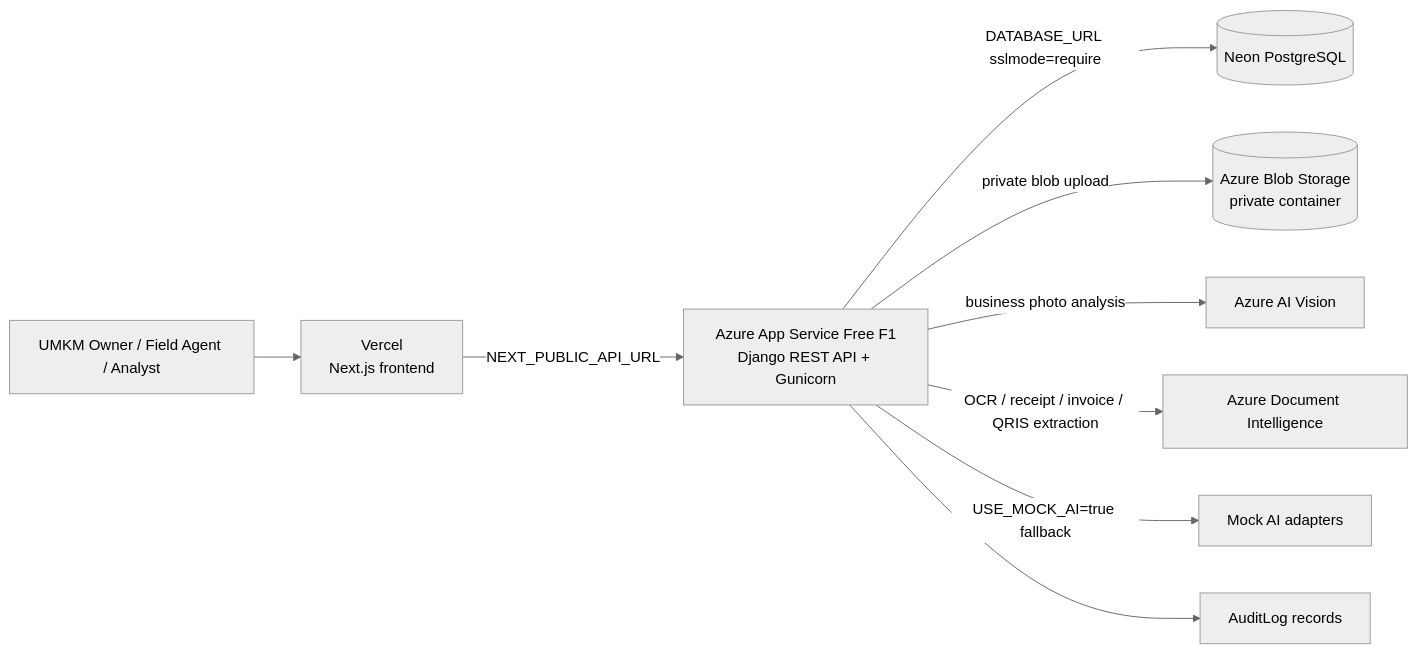
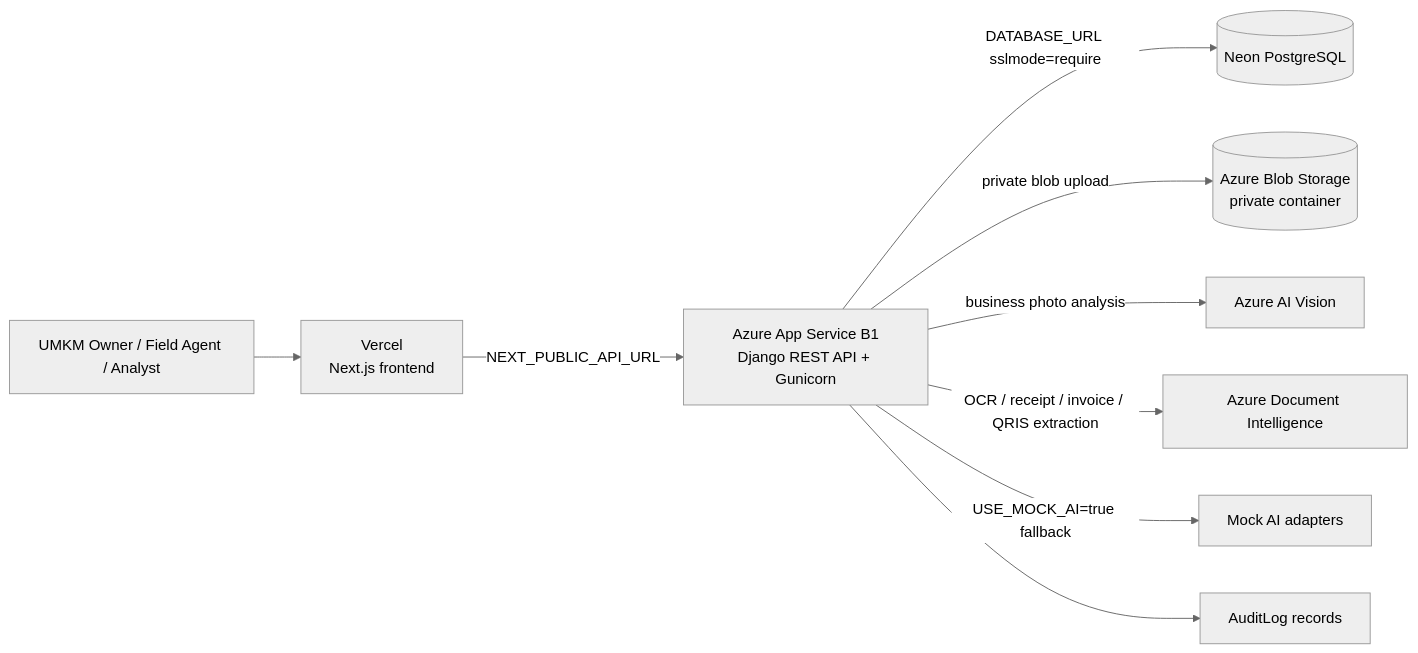
Before and after one commit to McDimas2005/mitrascore-ai: the second of 2 diagrams in docs/ARCHITECTURE.md, drawn with Mermaid (neutral theme). The commit also changed other lines of this file and 5 other files, not shown here.

````diff
--- a/docs/ARCHITECTURE.md
+++ b/docs/ARCHITECTURE.md
@@ -88,11 +88,11 @@
 ```mermaid
 flowchart LR
   U[UMKM Owner / Field Agent / Analyst] --> V[Vercel<br/>Next.js frontend]
-  V -->|NEXT_PUBLIC_API_URL| API[Azure App Service Free F1<br/>Django REST API + Gunicorn]
+  V -->|NEXT_PUBLIC_API_URL| API[Azure App Service B1<br/>Django REST API + Gunicorn]
   API -->|DATABASE_URL sslmode=require| N[(Neon PostgreSQL)]
   API -->|private blob upload| B[(Azure Blob Storage<br/>private container)]
   API -->|business photo analysis| VIS[Azure AI Vision]
   API -->|OCR / receipt / invoice / QRIS extraction| DOC[Azure Document Intelligence]
   API -->|USE_MOCK_AI=true fallback| MOCK[Mock AI adapters]
   API --> AUD[AuditLog records]
 ```
````
